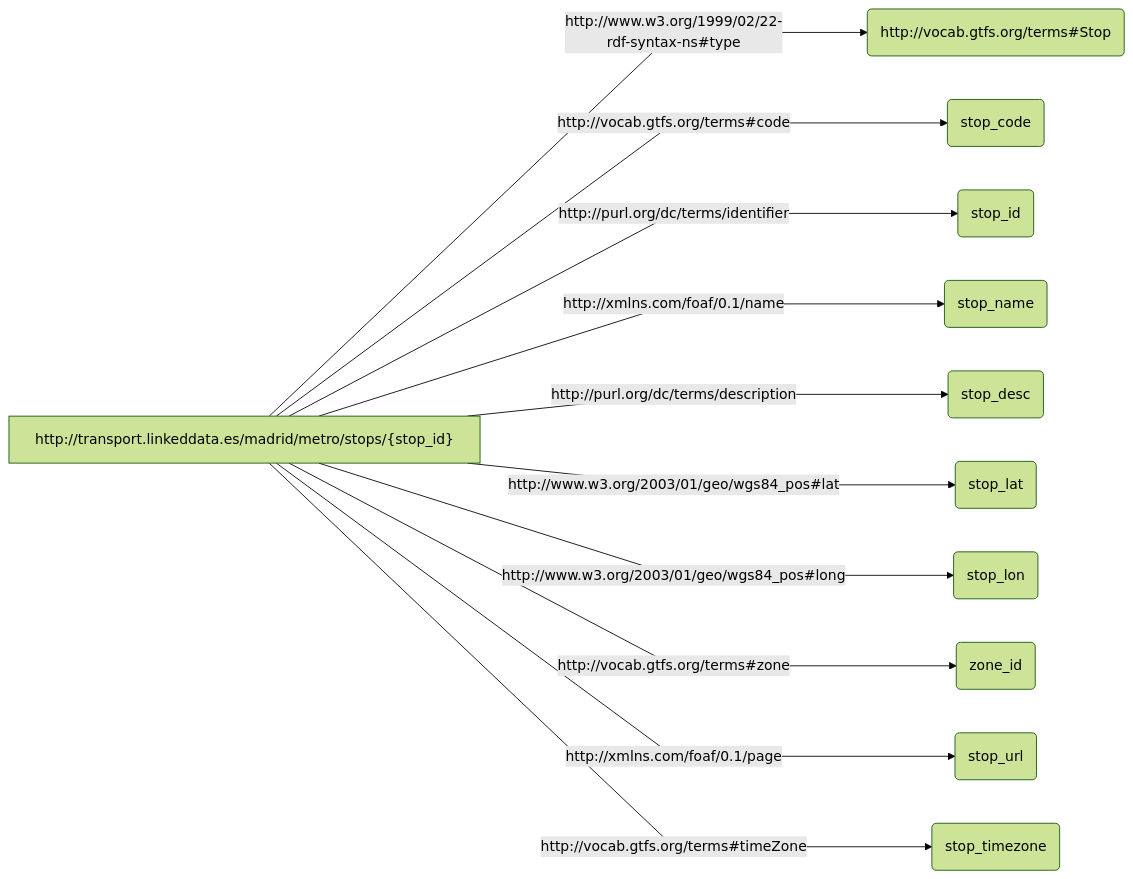
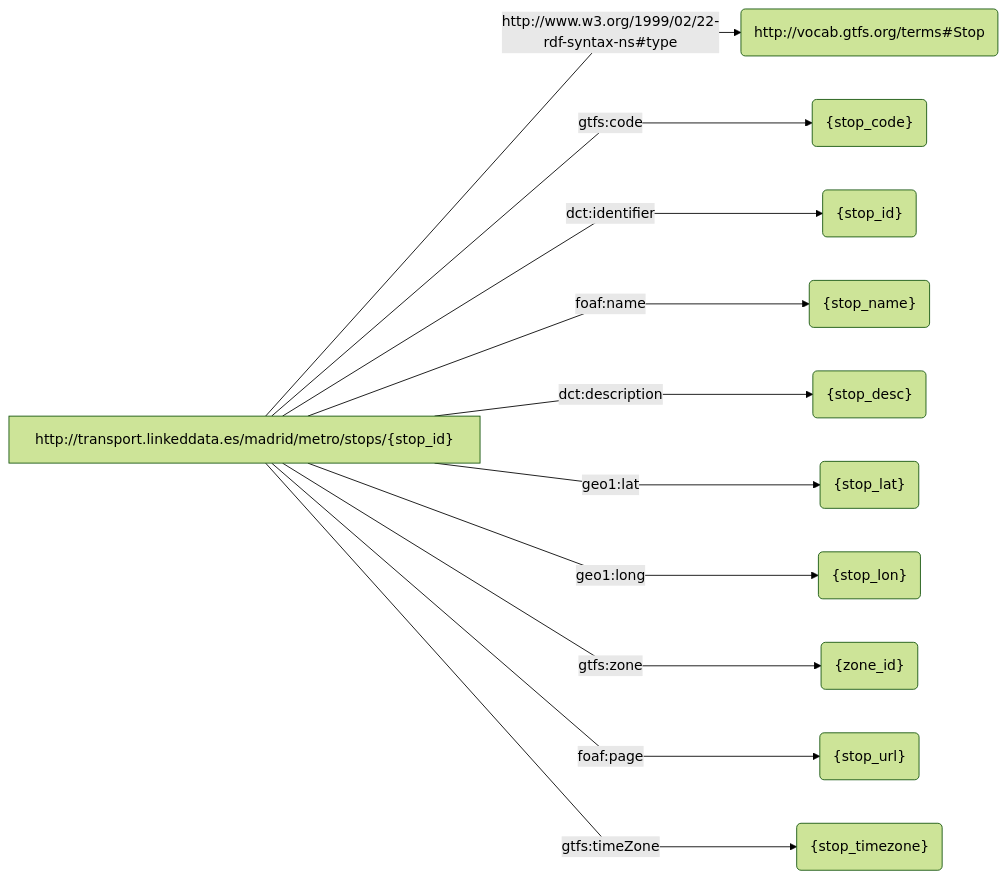
One commit to oeg-upm/rmldoc changed the third of 27 diagrams in src/RDFMappingDocumentation/out3.md. Above: the diagram before and after it, drawn with Mermaid. The commit also changed other lines of this file, not shown here.

````diff
--- a/src/RDFMappingDocumentation/out3.md
+++ b/src/RDFMappingDocumentation/out3.md
@@ -116,15 +116,15 @@
 ```mermaid
 %%{ init : { "theme" : "forest", "flowchart" : { "curve" : "linear" }}}%%
 flowchart LR
 S["http://transport.linkeddata.es/madrid/metro/stops/{stop_id}"] -->|"http://www.w3.org/1999/02/22-rdf-syntax-ns#type"| object1("http://vocab.gtfs.org/terms#Stop")
-S["http://transport.linkeddata.es/madrid/metro/stops/{stop_id}"] -->|"http://vocab.gtfs.org/terms#code"| object2("stop_code")
-S["http://transport.linkeddata.es/madrid/metro/stops/{stop_id}"] -->|"http://purl.org/dc/terms/identifier"| object3("stop_id")
-S["http://transport.linkeddata.es/madrid/metro/stops/{stop_id}"] -->|"http://xmlns.com/foaf/0.1/name"| object4("stop_name")
-S["http://transport.linkeddata.es/madrid/metro/stops/{stop_id}"] -->|"http://purl.org/dc/terms/description"| object5("stop_desc")
-S["http://transport.linkeddata.es/madrid/metro/stops/{stop_id}"] -->|"http://www.w3.org/2003/01/geo/wgs84_pos#lat"| object6("stop_lat")
-S["http://transport.linkeddata.es/madrid/metro/stops/{stop_id}"] -->|"http://www.w3.org/2003/01/geo/wgs84_pos#long"| object7("stop_lon")
-S["http://transport.linkeddata.es/madrid/metro/stops/{stop_id}"] -->|"http://vocab.gtfs.org/terms#zone"| object8("zone_id")
-S["http://transport.linkeddata.es/madrid/metro/stops/{stop_id}"] -->|"http://xmlns.com/foaf/0.1/page"| object9("stop_url")
-S["http://transport.linkeddata.es/madrid/metro/stops/{stop_id}"] -->|"http://vocab.gtfs.org/terms#timeZone"| object10("stop_timezone")
+S["http://transport.linkeddata.es/madrid/metro/stops/{stop_id}"] -->|"gtfs:code"| object2("{stop_code}")
+S["http://transport.linkeddata.es/madrid/metro/stops/{stop_id}"] -->|"dct:identifier"| object3("{stop_id}")
+S["http://transport.linkeddata.es/madrid/metro/stops/{stop_id}"] -->|"foaf:name"| object4("{stop_name}")
+S["http://transport.linkeddata.es/madrid/metro/stops/{stop_id}"] -->|"dct:description"| object5("{stop_desc}")
+S["http://transport.linkeddata.es/madrid/metro/stops/{stop_id}"] -->|"geo1:lat"| object6("{stop_lat}")
+S["http://transport.linkeddata.es/madrid/metro/stops/{stop_id}"] -->|"geo1:long"| object7("{stop_lon}")
+S["http://transport.linkeddata.es/madrid/metro/stops/{stop_id}"] -->|"gtfs:zone"| object8("{zone_id}")
+S["http://transport.linkeddata.es/madrid/metro/stops/{stop_id}"] -->|"foaf:page"| object9("{stop_url}")
+S["http://transport.linkeddata.es/madrid/metro/stops/{stop_id}"] -->|"gtfs:timeZone"| object10("{stop_timezone}")
     
 ```
````
